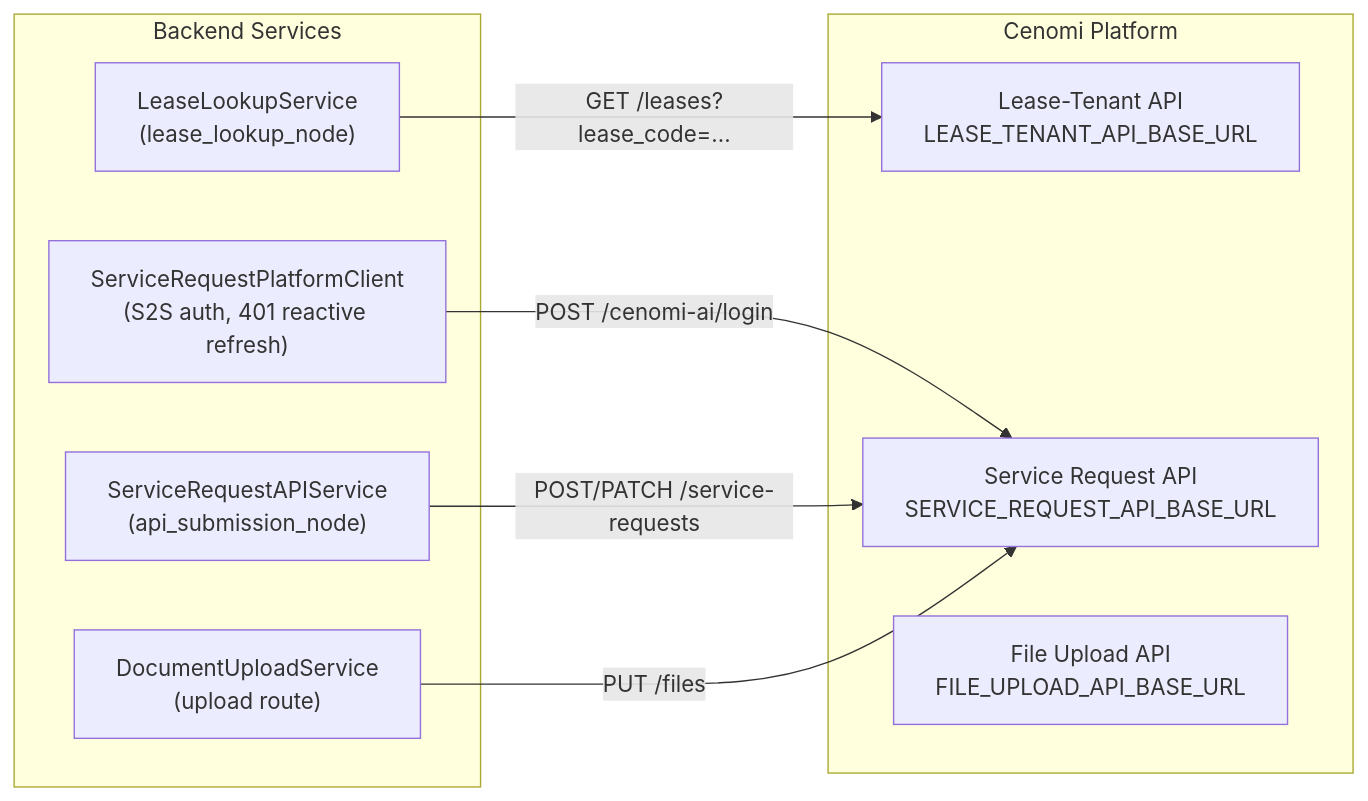
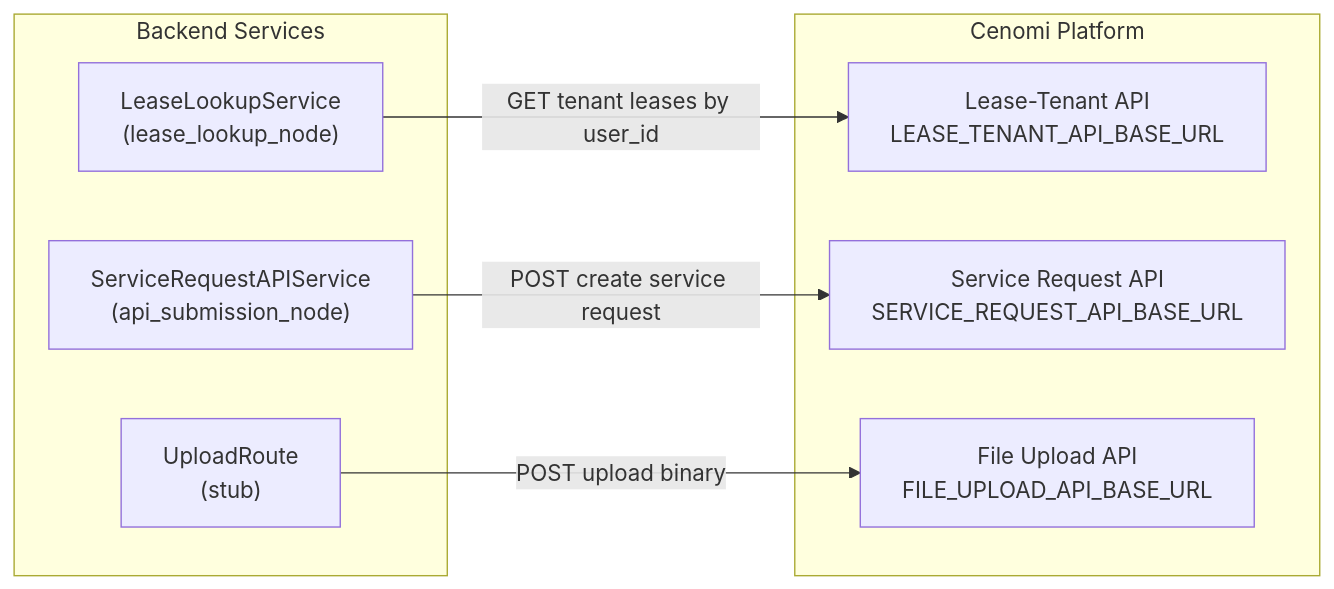
One commit to swa01wk/cenomi-api-v2 changed the sixth of 6 diagrams in service-request-chatbot/docs/architecture.md. Above: the diagram before and after it, drawn with Mermaid. The commit also changed other lines of this file and 33 other files, not shown here.

````diff
--- a/service-request-chatbot/docs/architecture.md
+++ b/service-request-chatbot/docs/architecture.md
@@ -429,20 +320,18 @@
 ```mermaid
 graph LR
     subgraph Cenomi Platform
         LEASE["Lease-Tenant API<br/>LEASE_TENANT_API_BASE_URL"]
         SR_API["Service Request API<br/>SERVICE_REQUEST_API_BASE_URL"]
         FILE["File Upload API<br/>FILE_UPLOAD_API_BASE_URL"]
     end
 
     subgraph Backend Services
-        AUTH_CLIENT["ServiceRequestPlatformClient<br/>(S2S auth, 401 reactive refresh)"]
         LL["LeaseLookupService<br/>(lease_lookup_node)"]
         SRA["ServiceRequestAPIService<br/>(api_submission_node)"]
-        FU["DocumentUploadService<br/>(upload route)"]
+        FU["UploadRoute<br/>(stub)"]
     end
 
-    AUTH_CLIENT -->|POST /cenomi-ai/login| SR_API
-    LL -->|GET /leases?lease_code=...| LEASE
-    SRA -->|POST/PATCH /service-requests| SR_API
-    FU -->|PUT /files| SR_API
+    LL -->|GET tenant leases by user_id| LEASE
+    SRA -->|POST create service request| SR_API
+    FU -->|POST upload binary| FILE
 ```
````
